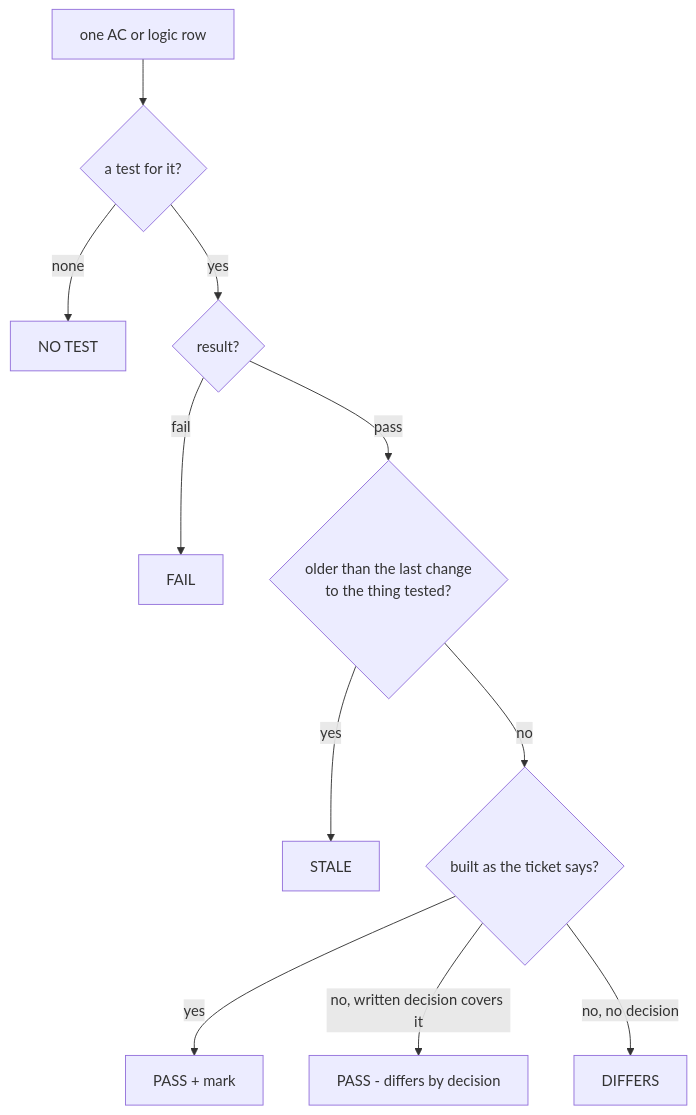
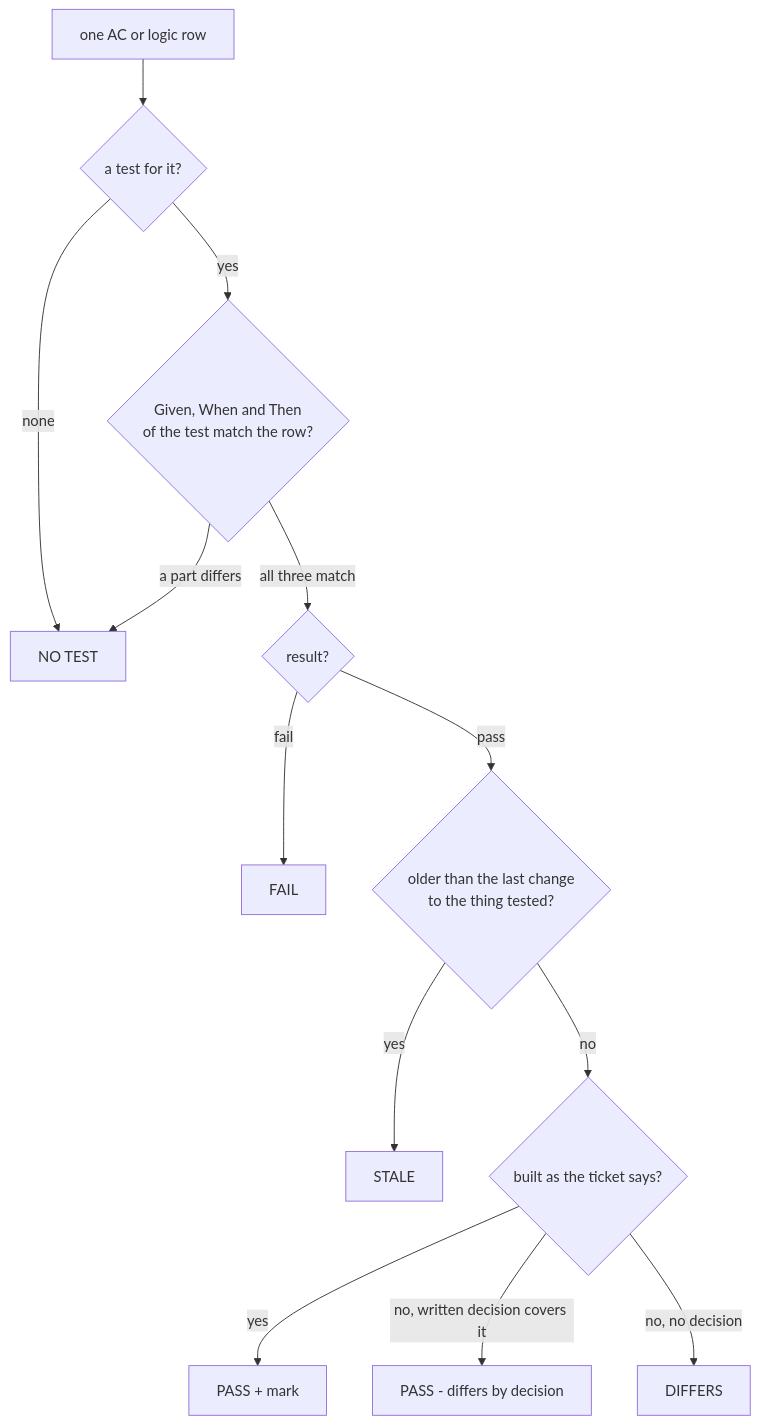
The third of 3 diagrams in docs/superpowers/specs/2026-11-16-resolve-the-ticket-design.md (ThodsaphonSonthiphin/workflow-daily-work), drawn with Mermaid before and after one commit. The commit also changed other lines of this file and 8 other files, not shown here.

First line of the commit message:
feat(resolve-the-ticket): a test proves a row only when its Given, When and Then all match (ADR 0335)

````diff
--- a/docs/superpowers/specs/2026-11-16-resolve-the-ticket-design.md
+++ b/docs/superpowers/specs/2026-11-16-resolve-the-ticket-design.md
@@ -147,13 +147,15 @@
 ```mermaid
 flowchart TD
     R["one AC or logic row"] --> T{"a test for it?"}
     T -->|none| NT["NO TEST"]
-    T -->|yes| RES{"result?"}
+    T -->|yes| G{"Given, When and Then<br/>of the test match the row?"}
+    G -->|"a part differs"| NT
+    G -->|"all three match"| RES{"result?"}
     RES -->|fail| F["FAIL"]
     RES -->|pass| D{"older than the last change<br/>to the thing tested?"}
     D -->|yes| ST["STALE"]
     D -->|no| B{"built as the ticket says?"}
     B -->|yes| P["PASS + mark"]
     B -->|"no, written decision covers it"| PD["PASS - differs by decision"]
     B -->|"no, no decision"| DF["DIFFERS"]
 ```
````
